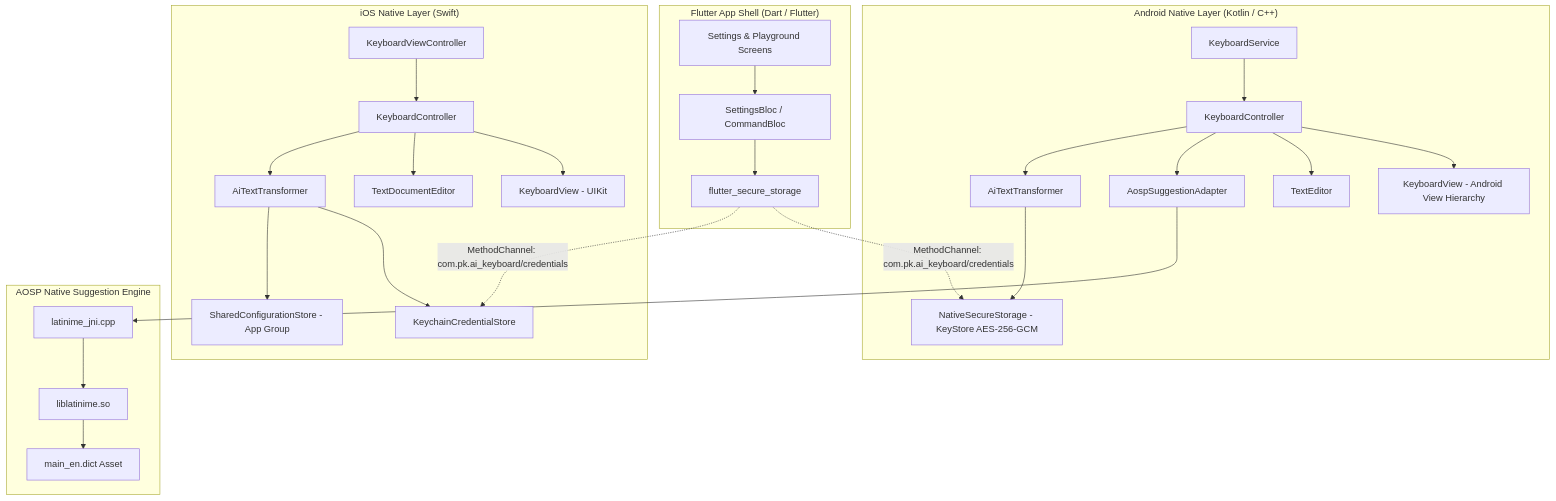
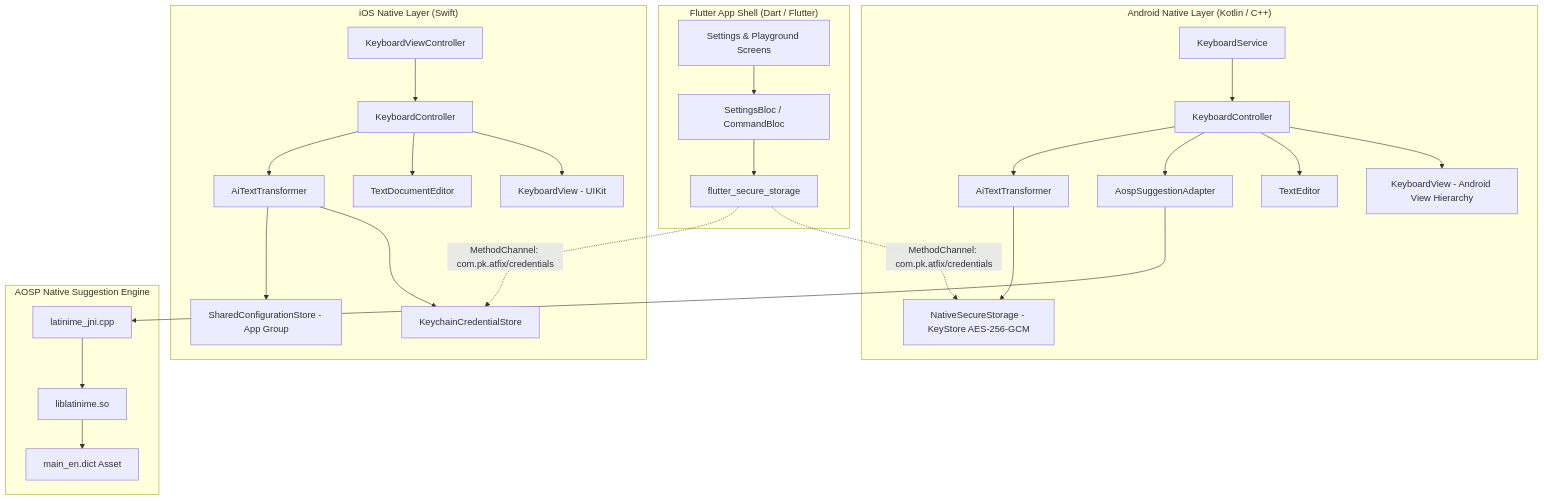
Before and after one commit to pavan-marthala/ai_keyboard: the diagram in docs/architecture.md, drawn with Mermaid. The commit also changed other lines of this file and 208 other files, not shown here.

````diff
--- a/docs/architecture.md
+++ b/docs/architecture.md
@@ -15,54 +15,54 @@
 ```mermaid
 flowchart TD
     subgraph FlutterHost ["Flutter App Shell (Dart / Flutter)"]
         UI[Settings & Playground Screens]
         Bloc[SettingsBloc / CommandBloc]
         SecStore[flutter_secure_storage]
         UI --> Bloc --> SecStore
     end
 
     subgraph NativeAndroid ["Android Native Layer (Kotlin / C++)"]
         IMS[KeyboardService]
         KC[KeyboardController]
         KV[KeyboardView - Android View Hierarchy]
         TE[TextEditor]
         AS[AospSuggestionAdapter]
         AITrans[AiTextTransformer]
         AKStore[NativeSecureStorage - KeyStore AES-256-GCM]
 
         IMS --> KC
         KC --> KV
         KC --> TE
         KC --> AS
         KC --> AITrans
         AITrans --> AKStore
     end
 
     subgraph NativeIOS ["iOS Native Layer (Swift)"]
         UIVC[KeyboardViewController]
         IKC[KeyboardController]
         IKV[KeyboardView - UIKit]
         TDE[TextDocumentEditor]
         IAITrans[AiTextTransformer]
         IKChain[KeychainCredentialStore]
         IShared[SharedConfigurationStore - App Group]
 
         UIVC --> IKC
         IKC --> IKV
         IKC --> TDE
         IKC --> IAITrans
         IAITrans --> IKChain
         IAITrans --> IShared
     end
 
     subgraph JNI_AOSP ["AOSP Native Suggestion Engine"]
         JNI[latinime_jni.cpp]
         Engine[liblatinime.so]
         Dict[main_en.dict Asset]
 
         AS --> JNI --> Engine --> Dict
     end
 
-    SecStore -.->|MethodChannel: com.pk.ai_keyboard/credentials| AKStore
-    SecStore -.->|MethodChannel: com.pk.ai_keyboard/credentials| IKChain
+    SecStore -.->|MethodChannel: com.pk.atfix/credentials| AKStore
+    SecStore -.->|MethodChannel: com.pk.atfix/credentials| IKChain
 ```
````
